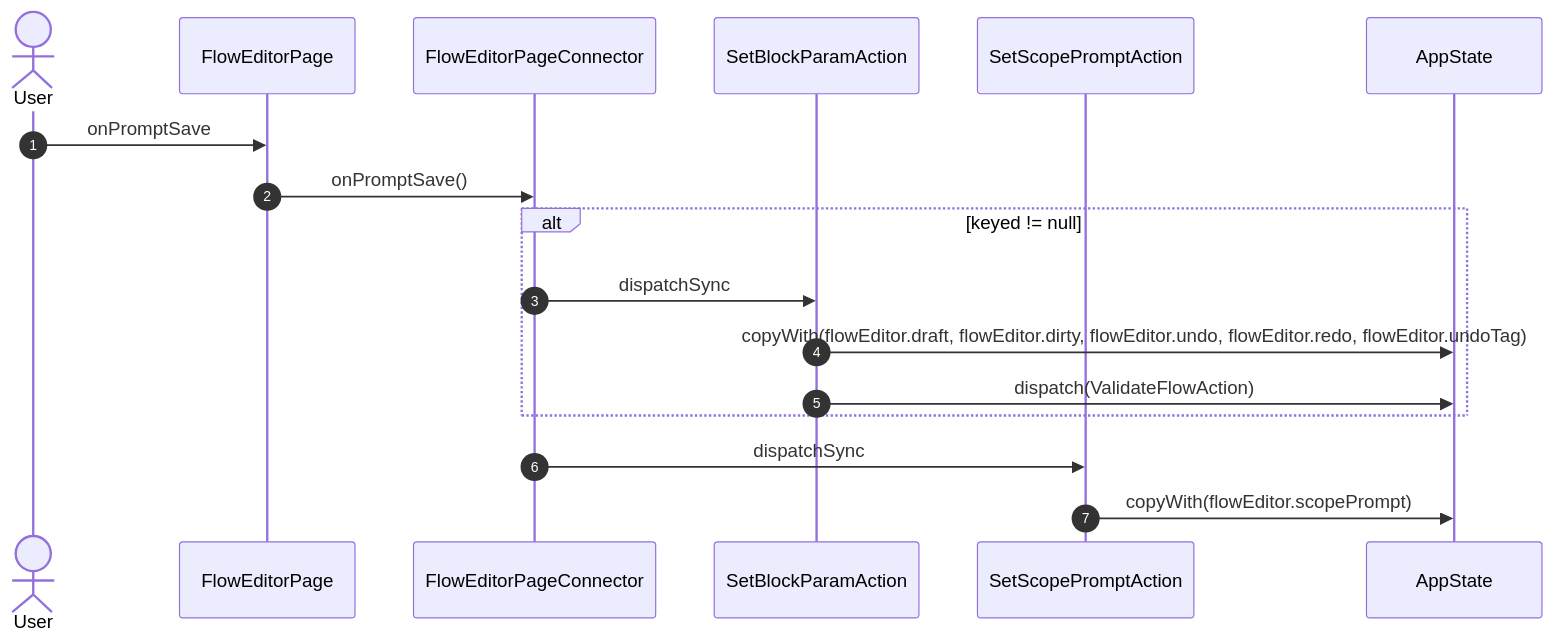
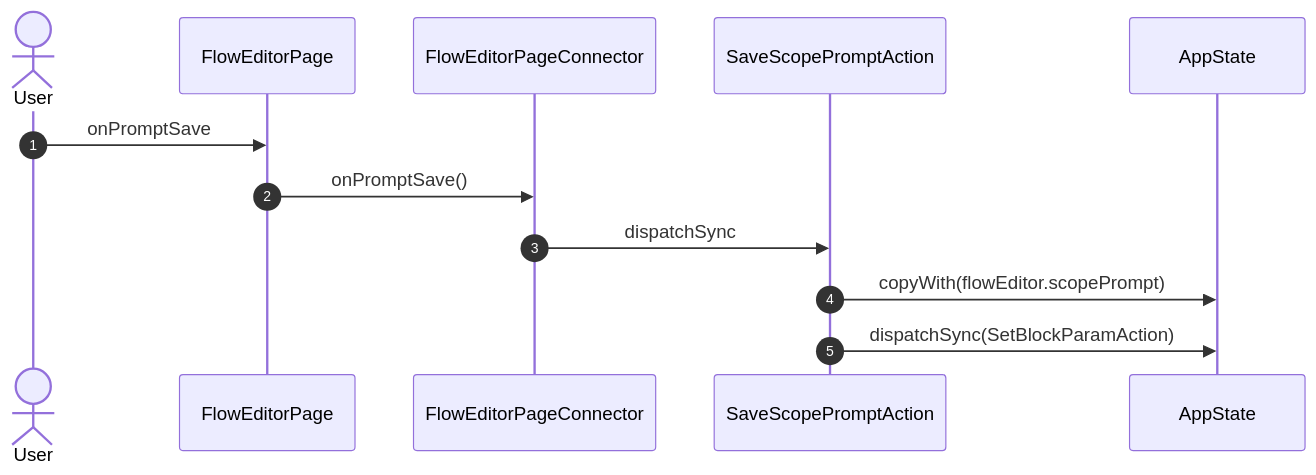
The seventh of 42 diagrams in studio/docs/flows/flowEditor.md (gencto/wyrm), drawn with Mermaid before and after one commit. The commit also changed other lines of this file and 49 other files, not shown here.

````diff
--- a/studio/docs/flows/flowEditor.md
+++ b/studio/docs/flows/flowEditor.md
@@ -143,20 +133,15 @@
 ```mermaid
 sequenceDiagram
     autonumber
     actor User
     participant UI as FlowEditorPage
     participant VM as FlowEditorPageConnector
-    participant A1 as SetBlockParamAction
-    participant A2 as SetScopePromptAction
+    participant A1 as SaveScopePromptAction
     participant ST as AppState
 
     User->>UI: onPromptSave
     UI->>VM: onPromptSave()
-    alt keyed != null
-        VM->>A1: dispatchSync
-        A1->>ST: copyWith(flowEditor.draft, flowEditor.dirty, flowEditor.undo, flowEditor.redo, flowEditor.undoTag)
-        A1->>ST: dispatch(ValidateFlowAction)
-    end
-    VM->>A2: dispatchSync
-    A2->>ST: copyWith(flowEditor.scopePrompt)
+    VM->>A1: dispatchSync
+    A1->>ST: copyWith(flowEditor.scopePrompt)
+    A1->>ST: dispatchSync(SetBlockParamAction)
 ```
````
